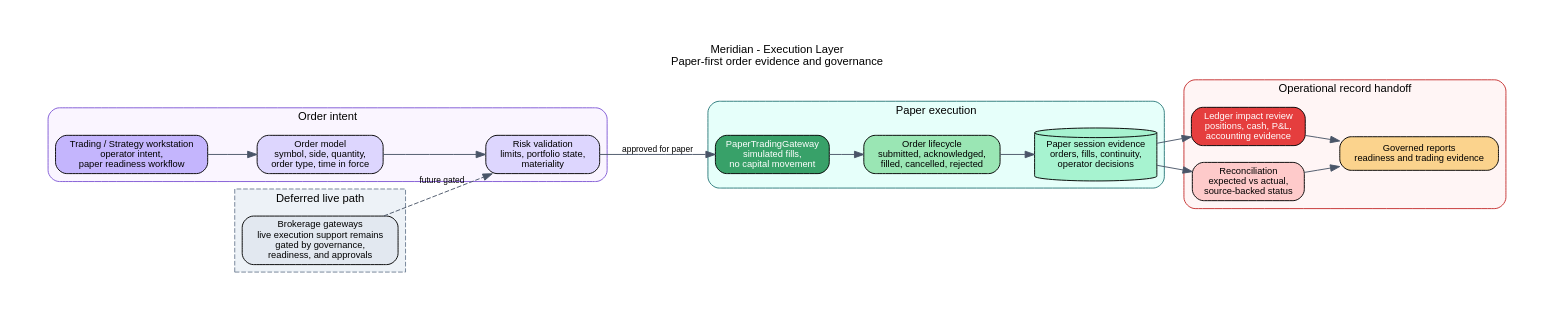
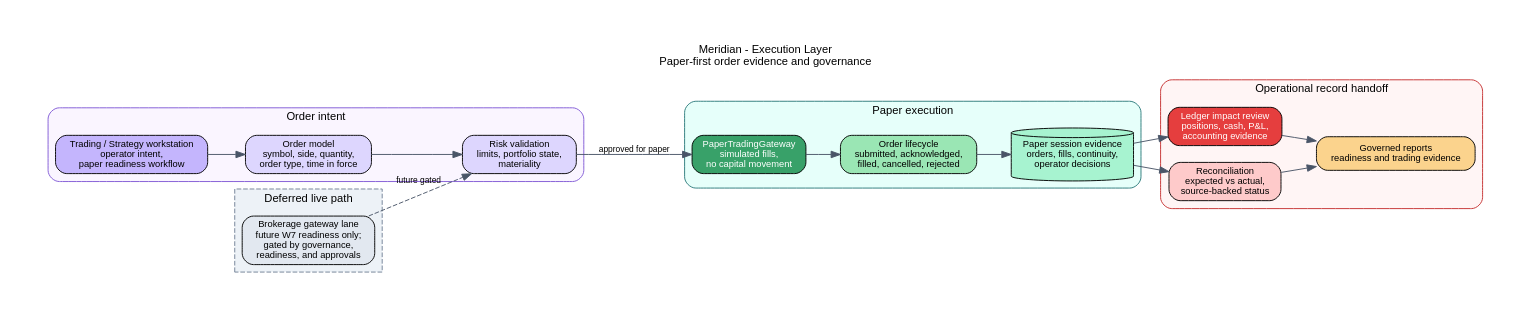
One commit to rodoHasArrived/Meridian-main changed the diagram in docs/diagrams/workflows/operations/execution-layer.dot. Above: the diagram before and after it, drawn with Graphviz. The commit also changed 57 other files, not shown here.

```diff
--- a/docs/diagrams/workflows/operations/execution-layer.dot
+++ b/docs/diagrams/workflows/operations/execution-layer.dot
@@ -1,79 +1,79 @@
 // Execution Layer Diagram
 // Meridian current project stance
 // Last Updated: 2026-06-10
 //
 // Execution is represented as paper-first order evidence. Live execution is
 // not the active product stance.
 
 digraph ExecutionLayer {
   rankdir=LR;
   graph [fontname="Helvetica", fontsize=12, bgcolor="white", compound=true, pad=0.5];
   node  [fontname="Helvetica", fontsize=10, shape=box, style="rounded,filled"];
   edge  [fontname="Helvetica", fontsize=9, color="#4a5568"];
 
   labelloc="t";
   label="Meridian - Execution Layer\nPaper-first order evidence and governance";
 
   subgraph cluster_request {
     label="Order intent";
     color="#805ad5";
     style="rounded";
     bgcolor="#faf5ff";
 
     WORKSTATION [fillcolor="#c4b5fd",
       label="Trading / Strategy workstation\noperator intent,\npaper readiness workflow"];
     ORDER_MODEL [fillcolor="#ddd6fe",
       label="Order model\nsymbol, side, quantity,\norder type, time in force"];
     RISK [fillcolor="#ddd6fe",
       label="Risk validation\nlimits, portfolio state,\nmateriality"];
   }
 
   subgraph cluster_paper {
     label="Paper execution";
     color="#2c7a7b";
     style="rounded";
     bgcolor="#e6fffa";
 
     GATEWAY [fillcolor="#38a169", fontcolor="white",
       label="PaperTradingGateway\nsimulated fills,\nno capital movement"];
     LIFECYCLE [fillcolor="#9ae6b4",
       label="Order lifecycle\nsubmitted, acknowledged,\nfilled, cancelled, rejected"];
     SESSION [shape=cylinder, fillcolor="#a7f3d0",
       label="Paper session evidence\norders, fills, continuity,\noperator decisions"];
   }
 
   subgraph cluster_record {
     label="Operational record handoff";
     color="#c53030";
     style="rounded";
     bgcolor="#fff5f5";
 
     LEDGER [fillcolor="#e53e3e", fontcolor="white",
       label="Ledger impact review\npositions, cash, P&L,\naccounting evidence"];
     RECON [fillcolor="#fecaca",
       label="Reconciliation\nexpected vs actual,\nsource-backed status"];
     REPORTS [fillcolor="#fbd38d",
       label="Governed reports\nreadiness and trading evidence"];
   }
 
   subgraph cluster_deferred {
     label="Deferred live path";
     color="#718096";
     style="dashed";
     bgcolor="#edf2f7";
 
     LIVE_GATEWAY [fillcolor="#e2e8f0",
-      label="Brokerage gateways\nlive execution support remains\ngated by governance,\nreadiness, and approvals"];
+      label="Brokerage gateway lane\nfuture W7 readiness only;\ngated by governance,\nreadiness, and approvals"];
   }
 
   WORKSTATION -> ORDER_MODEL;
   ORDER_MODEL -> RISK;
   RISK -> GATEWAY [label="approved for paper"];
   GATEWAY -> LIFECYCLE;
   LIFECYCLE -> SESSION;
   SESSION -> LEDGER;
   SESSION -> RECON;
   LEDGER -> REPORTS;
   RECON -> REPORTS;
   LIVE_GATEWAY -> RISK [style=dashed, label="future gated"];
 }
```
